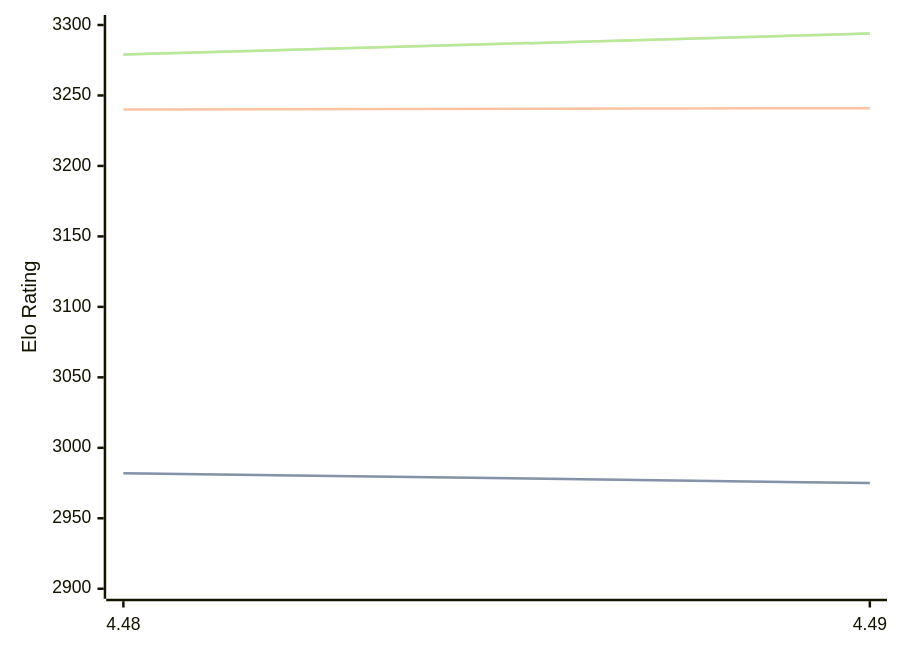
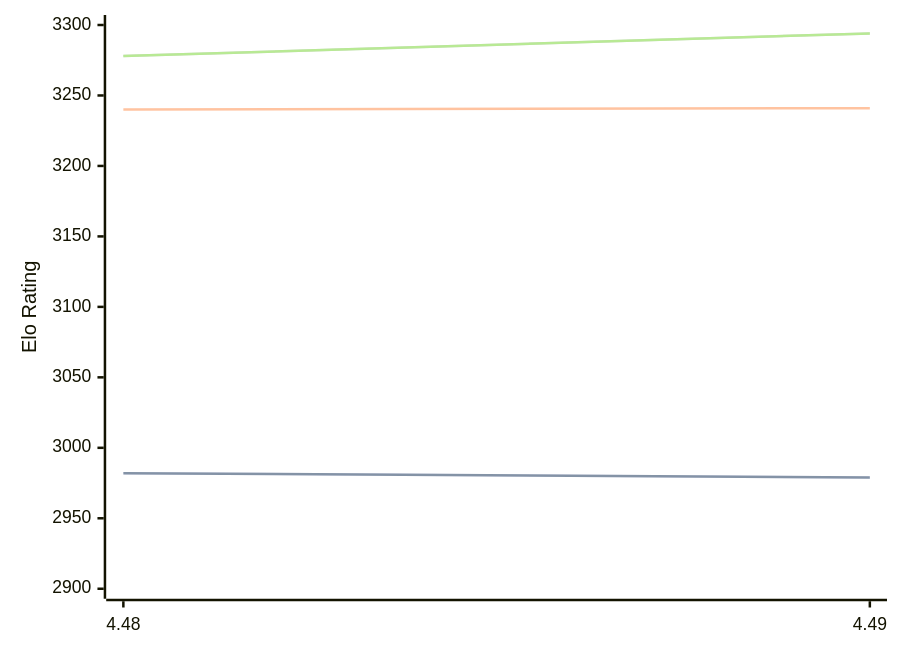
One commit to computer-chess-index/cci changed the diagram in engines/Cheng4.md. Above: the diagram before and after it, drawn with Mermaid. The commit also changed other lines of this file, not shown here.

Commit message:
Update CCI Ratings (ELO VLTC) - 2026-09-11

````diff
--- a/engines/Cheng4.md
+++ b/engines/Cheng4.md
@@ -32,11 +32,11 @@
 ```mermaid
 %%{init: {"theme":"base","themeVariables":{"seriesColors:['#a3a3a3','#222221','#faa371']}}}%%
 xychart-beta
   x-axis ["4.48", "4.49"]
   y-axis "Elo Rating" 2900 --> 3300
-  line "" [2982, 2975]
-  line "STC (8.0+0.08s)" [2982, 2975]
+  line "" [2982, 2979]
+  line "STC (8.0+0.08s)" [2982, 2979]
   line "LTC (60.0+0.60s)" [3240, 3241]
-  line "" [3279, 3294]
-  line "VLTC (2m24s+1.12s)" [3279, 3294]
+  line "" [3278, 3294]
+  line "VLTC (2m24s+1.12s)" [3278, 3294]
 ```
````
